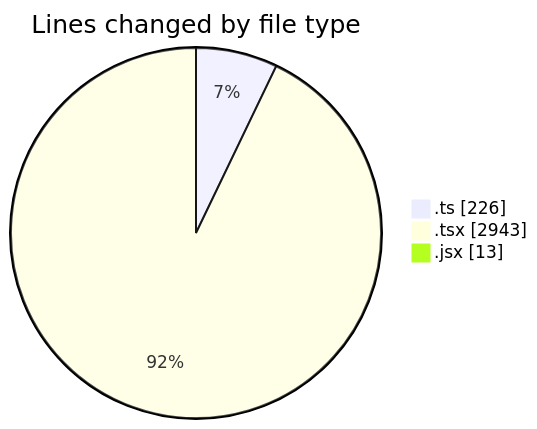
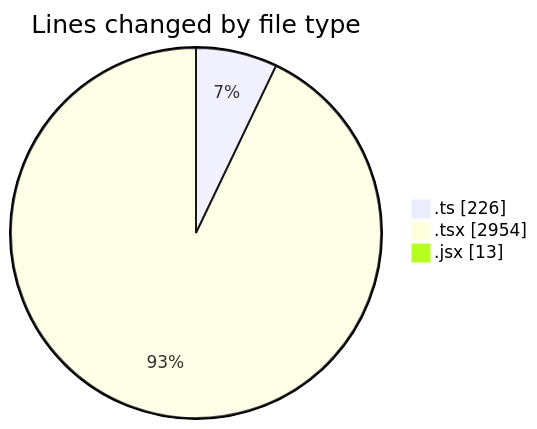
The first of 2 diagrams in 2025-12-02/cda/README.md (momahboobian/code-tracking), drawn with Mermaid before and after one commit. The commit also changed other lines of this file and 1 other file, not shown here.

````diff
--- a/2025-12-02/cda/README.md
+++ b/2025-12-02/cda/README.md
@@ -30,7 +30,7 @@
 ```mermaid
 pie showData
 title Lines changed by file type
 ".ts" : 226
-".tsx" : 2943
+".tsx" : 2954
 ".jsx" : 13
 ```
````
